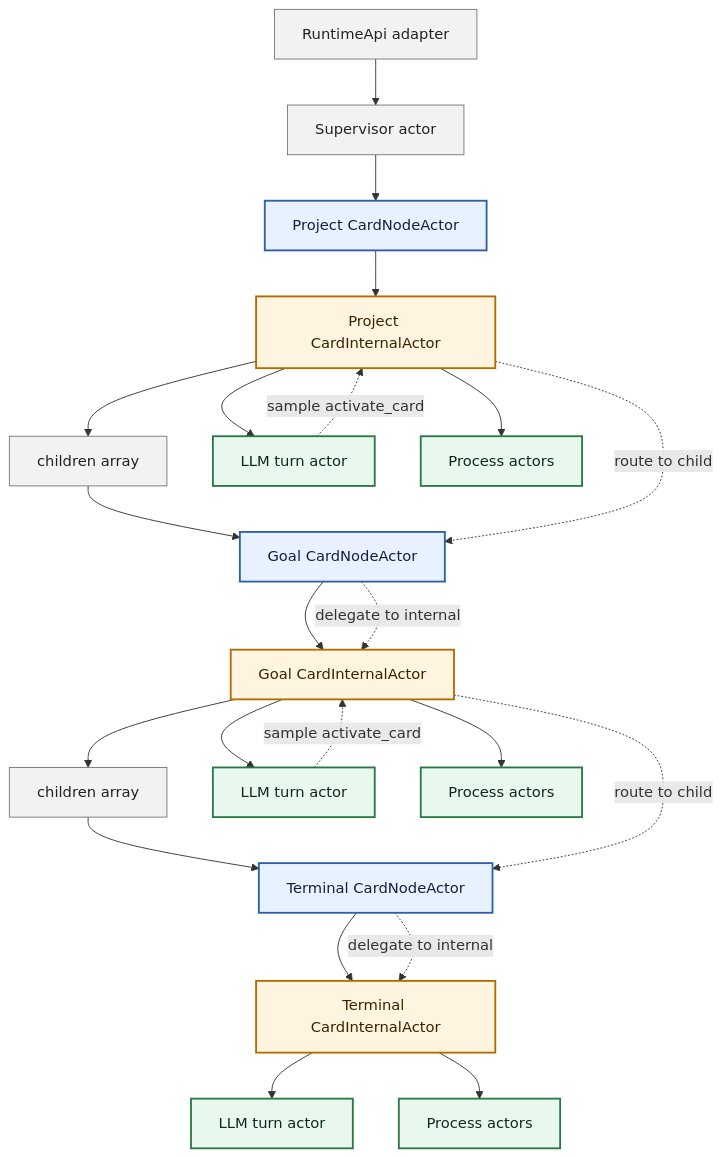
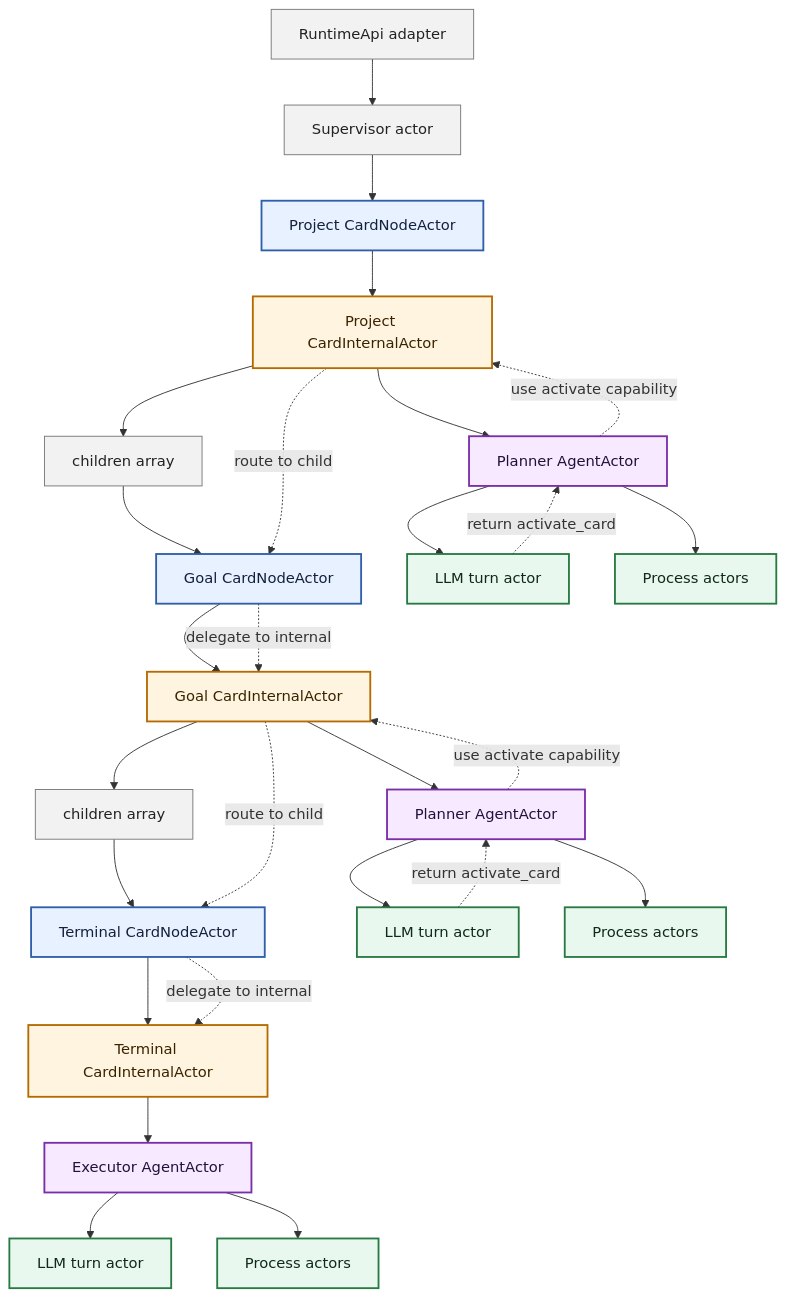
Before and after one commit to salva/saivage-v3: the first of 2 diagrams in docs/architecture/xstate-runtime-core.md, drawn with Mermaid. The commit also changed other lines of this file and 1 other file, not shown here.

Commit message:
docs: split agent tool loops from card internals

````diff
--- a/docs/architecture/xstate-runtime-core.md
+++ b/docs/architecture/xstate-runtime-core.md
@@ -64,39 +64,47 @@
 ```mermaid
 graph TD
   api[RuntimeApi adapter] --> supervisor[Supervisor actor]
   supervisor --> projectNode
 
   projectNode[Project CardNodeActor] --> projectInternal[Project CardInternalActor]
   projectInternal --> projectChildren[children array]
   projectChildren --> goalNode[Goal CardNodeActor]
 
   goalNode --> goalInternal[Goal CardInternalActor]
   goalInternal --> goalChildren[children array]
   goalChildren --> terminalNode[Terminal CardNodeActor]
 
   terminalNode --> terminalInternal[Terminal CardInternalActor]
 
-  projectInternal --> projectTurn[LLM turn actor]
-  projectInternal --> projectProcess[Process actors]
-  goalInternal --> goalTurn[LLM turn actor]
-  goalInternal --> goalProcess[Process actors]
-  terminalInternal --> terminalTurn[LLM turn actor]
-  terminalInternal --> terminalProcess[Process actors]
+  projectInternal --> projectAgent[Planner AgentActor]
+  goalInternal --> goalAgent[Planner AgentActor]
+  terminalInternal --> terminalAgent[Executor AgentActor]
 
-  projectTurn -. sample activate_card .-> projectInternal
+  projectAgent --> projectTurn[LLM turn actor]
+  projectAgent --> projectProcess[Process actors]
+  goalAgent --> goalTurn[LLM turn actor]
+  goalAgent --> goalProcess[Process actors]
+  terminalAgent --> terminalTurn[LLM turn actor]
+  terminalAgent --> terminalProcess[Process actors]
+
+  projectTurn -. return activate_card .-> projectAgent
+  projectAgent -. use activate capability .-> projectInternal
   projectInternal -. route to child .-> goalNode
   goalNode -. delegate to internal .-> goalInternal
-  goalTurn -. sample activate_card .-> goalInternal
+  goalTurn -. return activate_card .-> goalAgent
+  goalAgent -. use activate capability .-> goalInternal
   goalInternal -. route to child .-> terminalNode
   terminalNode -. delegate to internal .-> terminalInternal
 
   classDef nodeActor fill:#e8f1ff,stroke:#2f5fa8,stroke-width:2px,color:#14213d
   classDef internalActor fill:#fff4df,stroke:#b36b00,stroke-width:2px,color:#3a2300
+  classDef agentActor fill:#f7e9ff,stroke:#7a2fa8,stroke-width:2px,color:#24113a
   classDef resourceActor fill:#e9f8ef,stroke:#287a42,stroke-width:2px,color:#0f2a18
   classDef support fill:#f2f2f2,stroke:#777,stroke-width:1px,color:#222
 
   class projectNode,goalNode,terminalNode nodeActor
   class projectInternal,goalInternal,terminalInternal internalActor
+  class projectAgent,goalAgent,terminalAgent agentActor
   class projectTurn,projectProcess,goalTurn,goalProcess,terminalTurn,terminalProcess resourceActor
   class api,supervisor,projectChildren,goalChildren support
 ```
````
